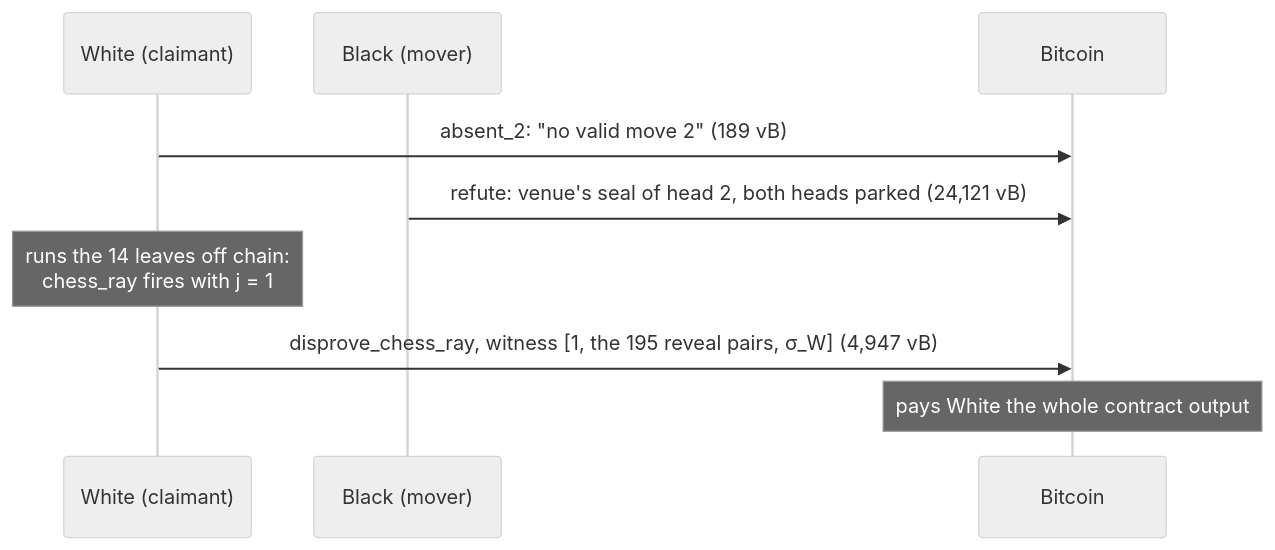
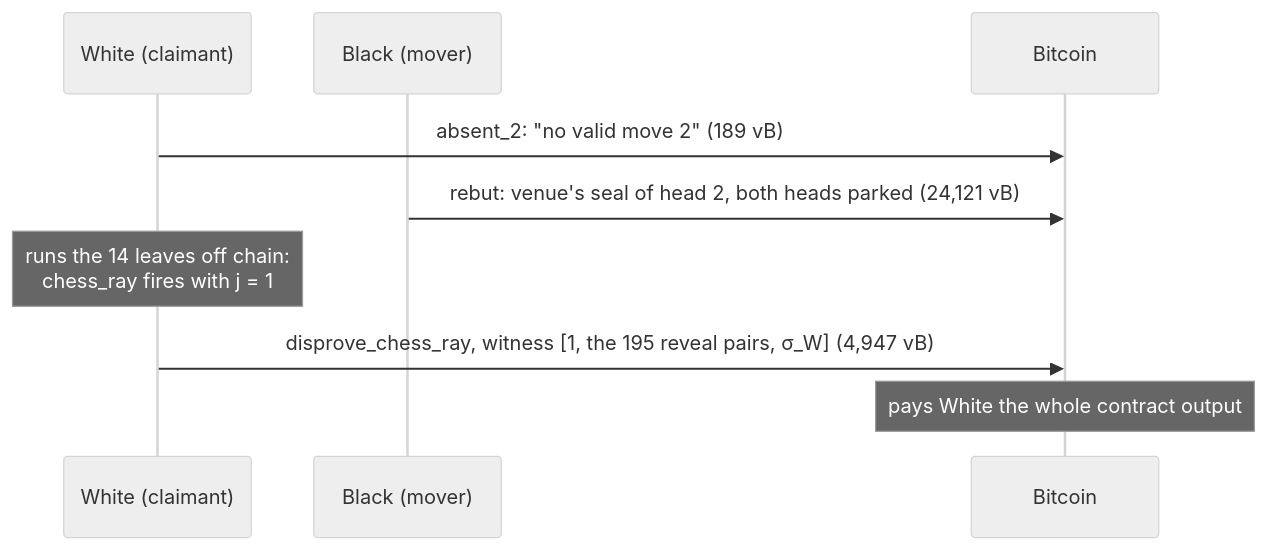
Before and after one commit to AdamISZ/ln-gap: the second of 2 diagrams in docs/chess-predicates.md, drawn with Mermaid (neutral theme). The commit also changed other lines of this file and 86 other files, not shown here.

First line of the commit message:
Rename "refute"/"refutation" to "rebut"/"rebuttal" throughout

````diff
--- a/docs/chess-predicates.md
+++ b/docs/chess-predicates.md
@@ -137,11 +137,11 @@
 ```mermaid
 sequenceDiagram
     participant W as White (claimant)
     participant B as Black (mover)
     participant C as Bitcoin
     W->>C: absent_2: "no valid move 2" (189 vB)
-    B->>C: refute: venue's seal of head 2, both heads parked (24,121 vB)
+    B->>C: rebut: venue's seal of head 2, both heads parked (24,121 vB)
     Note over W: runs the 14 leaves off chain:<br/>chess_ray fires with j = 1
     W->>C: disprove_chess_ray, witness [1, the 195 reveal pairs, σ_W] (4,947 vB)
     Note over C: pays White the whole contract output
 ```
````
